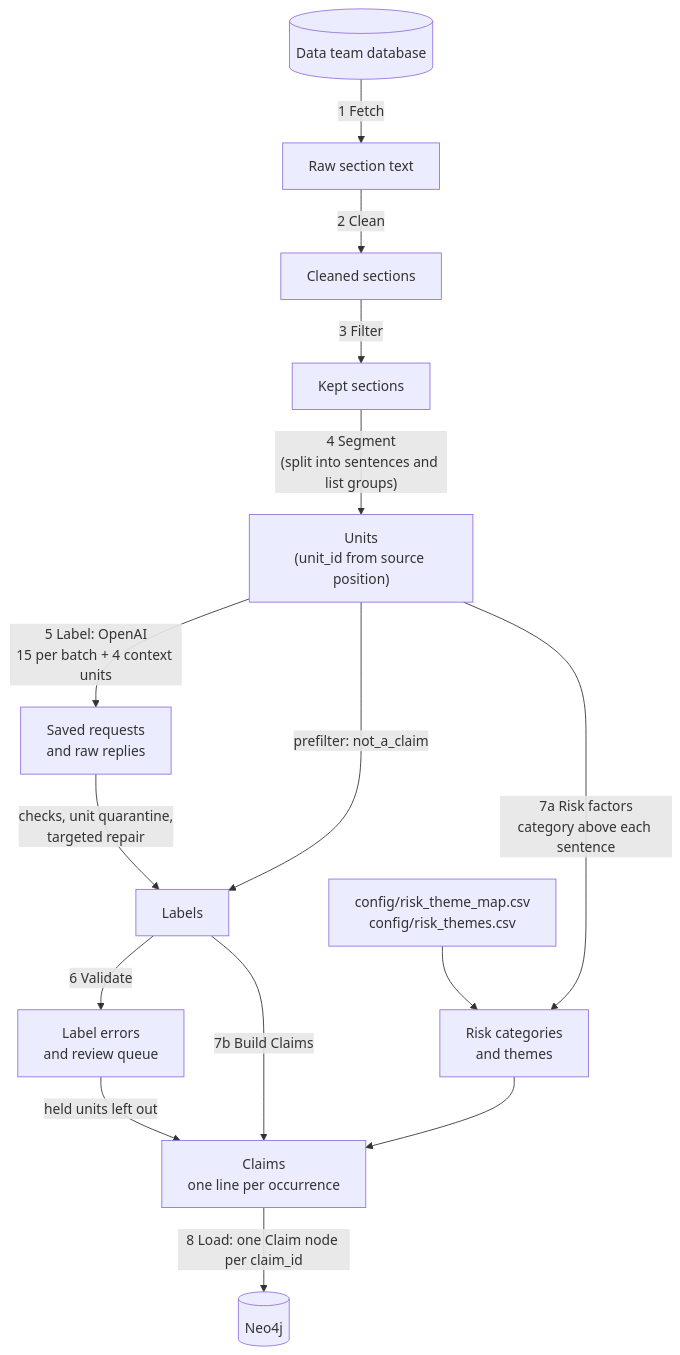
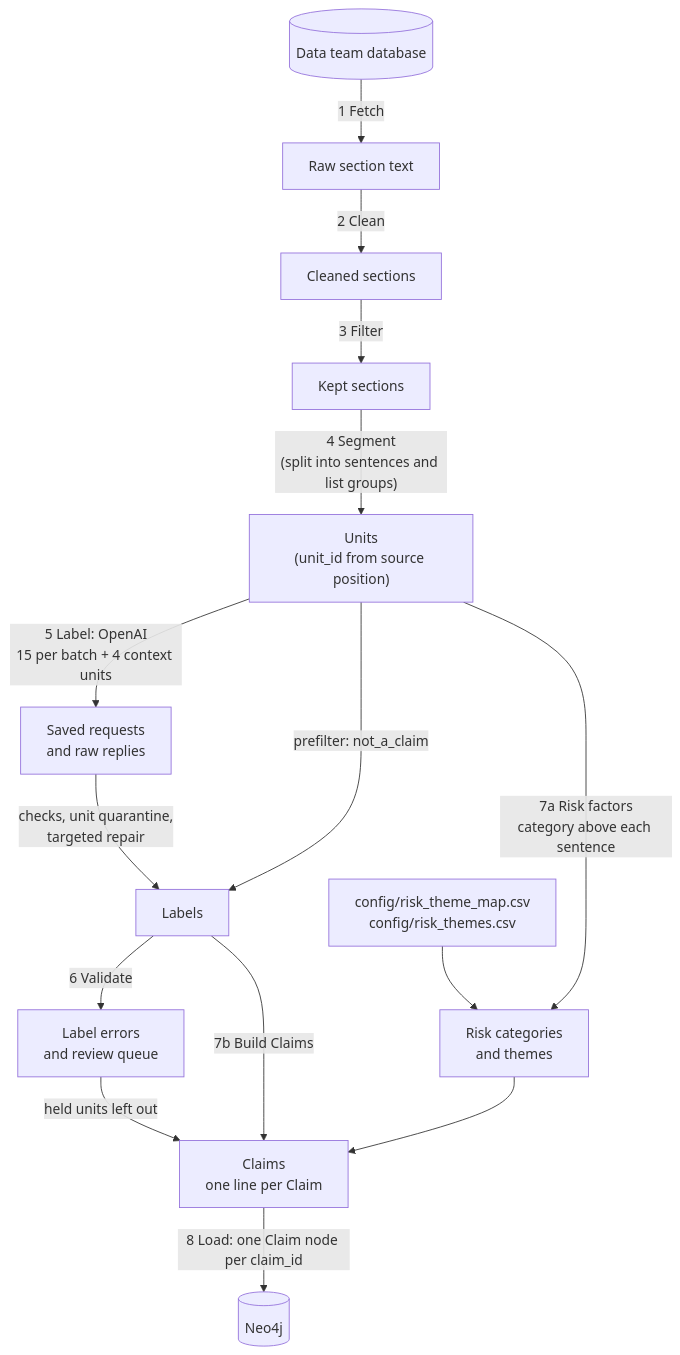
The first of 4 diagrams in extraction_pipeline/README.md (ZiyiClaudiaWang/KPMG-GraphRAG), drawn with Mermaid before and after one commit. The commit also changed other lines of this file and 4 other files, not shown here.

First line of the commit message:
README: workflow and id diagrams, Item 1A illustration, cross-references, tighter open issues

````diff
--- a/extraction_pipeline/README.md
+++ b/extraction_pipeline/README.md
@@ -76,17 +82,17 @@
 ```mermaid
 flowchart TD
     DB[("Data team database")] -->|"1 Fetch"| SEC["Raw section text"]
     SEC -->|"2 Clean"| CLN["Cleaned sections"]
     CLN -->|"3 Filter"| MAN["Kept sections"]
     MAN -->|"4 Segment<br/>(split into sentences and list groups)"| UNITS["Units<br/>(unit_id from source position)"]
     UNITS -->|"5 Label: OpenAI<br/>15 per batch + 4 context units"| CACHE["Saved requests<br/>and raw replies"]
     CACHE -->|"checks, unit quarantine,<br/>targeted repair"| LAB["Labels"]
     UNITS -->|"prefilter: not_a_claim"| LAB
     LAB -->|"6 Validate"| REV["Label errors<br/>and review queue"]
     UNITS -->|"7a Risk factors<br/>category above each sentence"| RF["Risk categories<br/>and themes"]
     MAP["config/risk_theme_map.csv<br/>config/risk_themes.csv"] --> RF
-    LAB -->|"7b Build Claims"| CLM["Claims<br/>one line per occurrence"]
+    LAB -->|"7b Build Claims"| CLM["Claims<br/>one line per Claim"]
     RF --> CLM
     REV -->|"held units left out"| CLM
     CLM -->|"8 Load: one Claim node per claim_id"| NEO[("Neo4j")]
 ```
````
